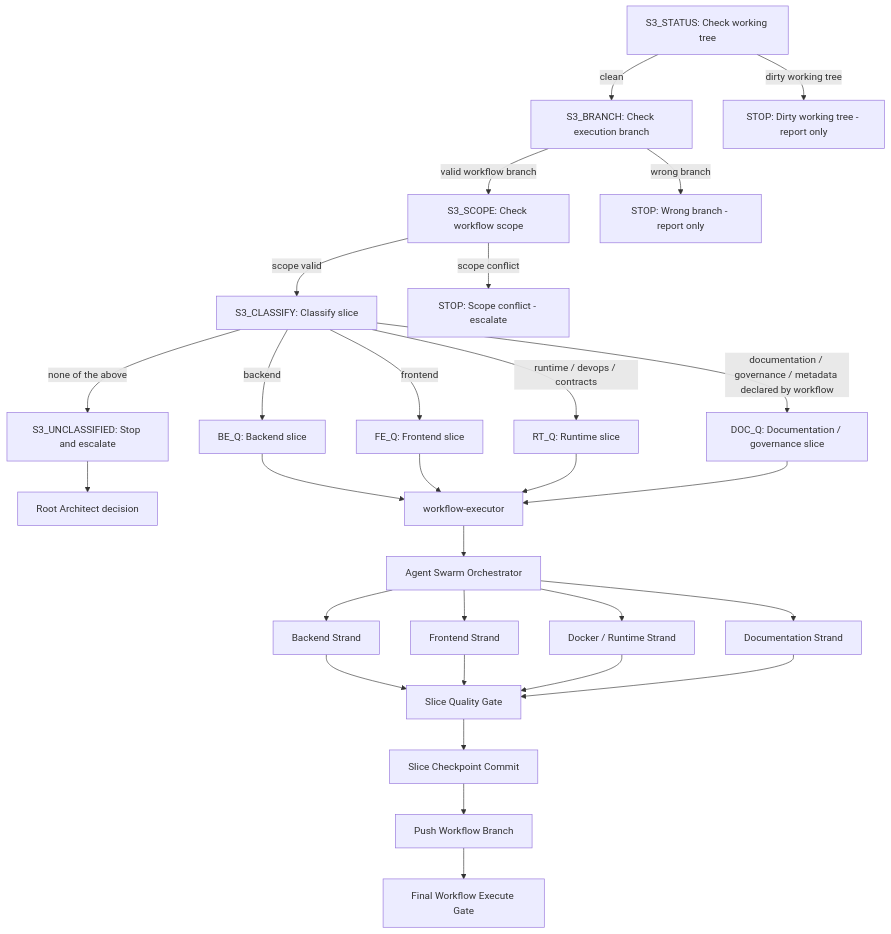
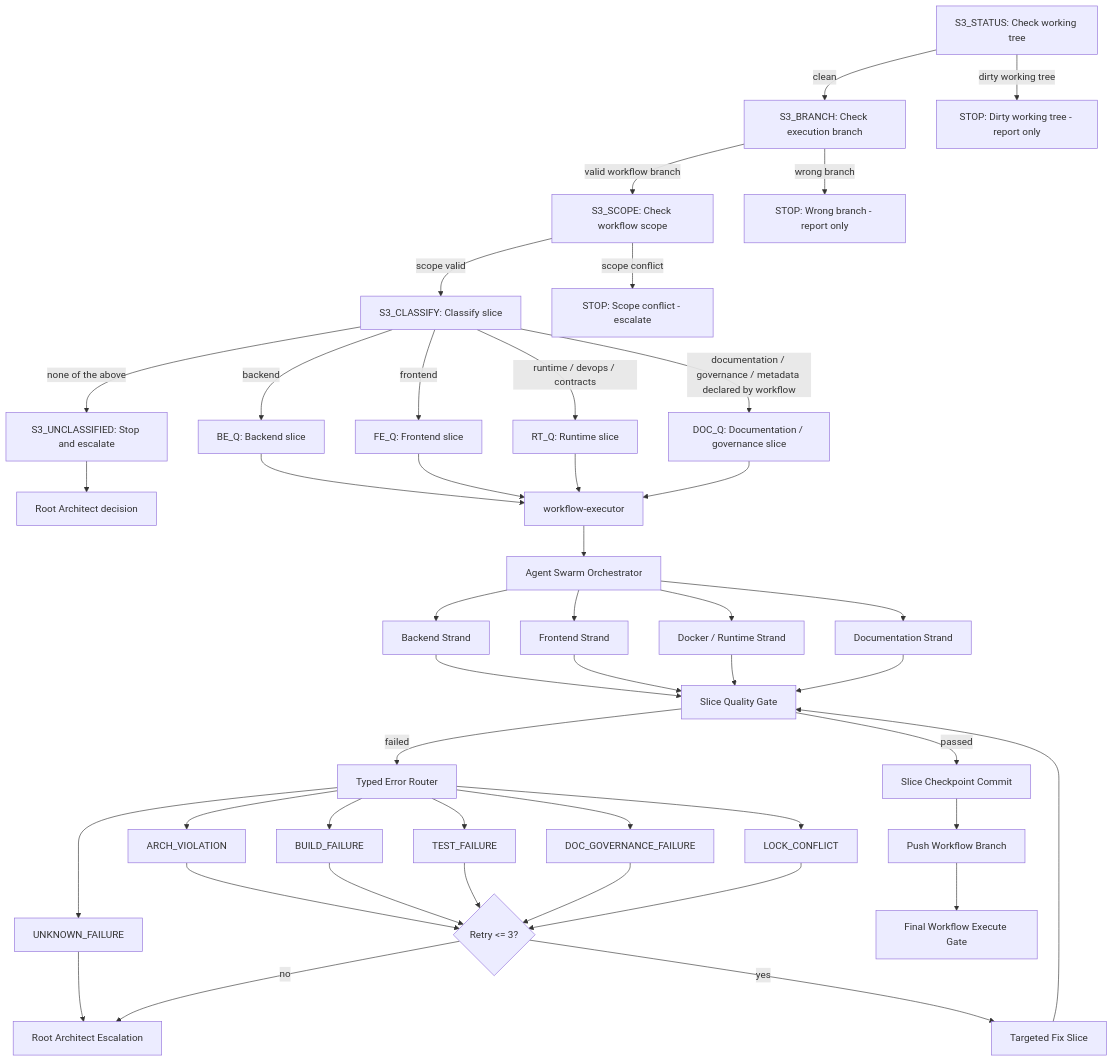
One commit to MatthiasBurger-Coder/forensic_analytics changed the fourth of 5 diagrams in docs/agents/agent-governance.md. Above: the diagram before and after it, drawn with Mermaid. The commit also changed other lines of this file and 15 other files, not shown here.

First line of the commit message:
docs(slice-05): add typed error routing

````diff
--- a/docs/agents/agent-governance.md
+++ b/docs/agents/agent-governance.md
@@ -158,48 +158,67 @@
 ```mermaid
 flowchart TD
   Status["S3_STATUS: Check working tree"]
   Branch["S3_BRANCH: Check execution branch"]
   Scope["S3_SCOPE: Check workflow scope"]
   Classify["S3_CLASSIFY: Classify slice"]
   BE_Q["BE_Q: Backend slice"]
   FE_Q["FE_Q: Frontend slice"]
   RT_Q["RT_Q: Runtime slice"]
   DOC_Q["DOC_Q: Documentation / governance slice"]
   Unclassified["S3_UNCLASSIFIED: Stop and escalate"]
   RootArchitect["Root Architect decision"]
   StopStatus["STOP: Dirty working tree - report only"]
   StopBranch["STOP: Wrong branch - report only"]
   StopScope["STOP: Scope conflict - escalate"]
   Executor["workflow-executor"]
   Swarm["Agent Swarm Orchestrator"]
   Backend["Backend Strand"]
   Frontend["Frontend Strand"]
   Runtime["Docker / Runtime Strand"]
   Docs["Documentation Strand"]
   Gate["Slice Quality Gate"]
+  Router["Typed Error Router"]
+  ArchFailure["ARCH_VIOLATION"]
+  BuildFailure["BUILD_FAILURE"]
+  TestFailure["TEST_FAILURE"]
+  DocFailure["DOC_GOVERNANCE_FAILURE"]
+  LockFailure["LOCK_CONFLICT"]
+  UnknownFailure["UNKNOWN_FAILURE"]
+  Retry{"Retry <= 3?"}
+  Fix["Targeted Fix Slice"]
+  Escalate["Root Architect Escalation"]
   Commit["Slice Checkpoint Commit"]
   Push["Push Workflow Branch"]
   Final["Final Workflow Execute Gate"]
 
   Status -->|clean| Branch
   Status -->|dirty working tree| StopStatus
   Branch -->|valid workflow branch| Scope
   Branch -->|wrong branch| StopBranch
   Scope -->|scope valid| Classify
   Scope -->|scope conflict| StopScope
   Classify -->|backend| BE_Q --> Executor
   Classify -->|frontend| FE_Q --> Executor
   Classify -->|runtime / devops / contracts| RT_Q --> Executor
   Classify -->|documentation / governance / metadata declared by workflow| DOC_Q --> Executor
   Classify -->|none of the above| Unclassified --> RootArchitect
   Executor --> Swarm
   Swarm --> Backend
   Swarm --> Frontend
   Swarm --> Runtime
   Swarm --> Docs
   Backend --> Gate
   Frontend --> Gate
   Runtime --> Gate
   Docs --> Gate
-  Gate --> Commit --> Push --> Final
+  Gate -->|passed| Commit --> Push --> Final
+  Gate -->|failed| Router
+  Router --> ArchFailure --> Retry
+  Router --> BuildFailure --> Retry
+  Router --> TestFailure --> Retry
+  Router --> DocFailure --> Retry
+  Router --> LockFailure --> Retry
+  Router --> UnknownFailure --> Escalate
+  Retry -->|yes| Fix --> Gate
+  Retry -->|no| Escalate
 ```
````
